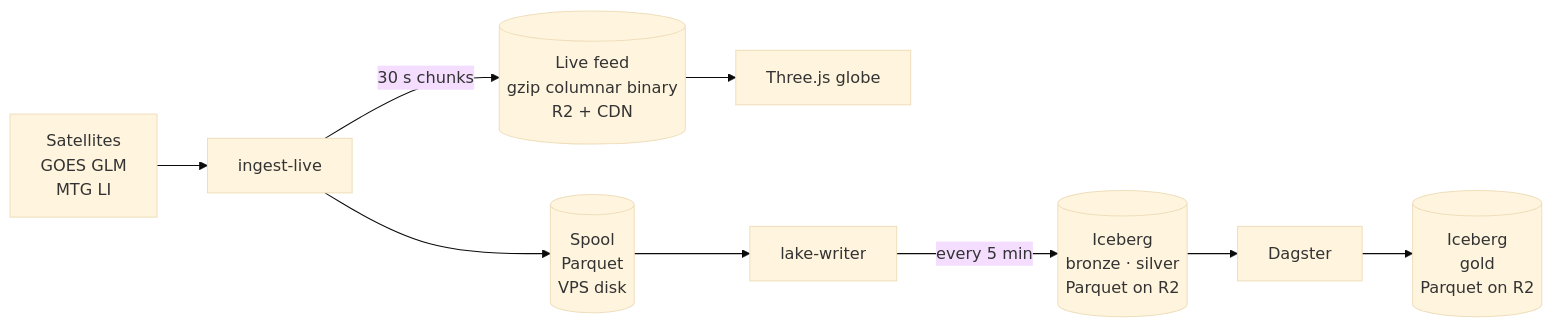
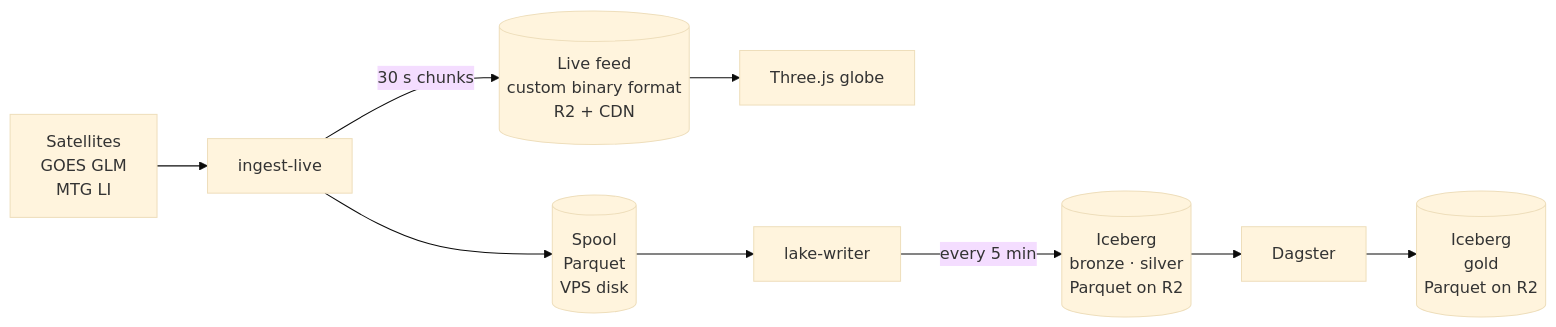
One commit to pierregc/scintille changed the diagram in README.md. Above: the diagram before and after it, drawn with Mermaid (base theme). The commit also changed other lines of this file, not shown here.

Commit message:
docs: link the live feed format to the data contract

````diff
--- a/README.md
+++ b/README.md
@@ -13,8 +13,8 @@
 ```mermaid
 flowchart LR
     sat["Satellites<br/>GOES GLM<br/>MTG LI"] --> ingest["ingest-live"]
-    ingest -->|30 s chunks| live[("Live feed<br/>gzip columnar binary<br/>R2 + CDN")] --> globe["Three.js globe"]
+    ingest -->|30 s chunks| live[("Live feed<br/>custom binary format<br/>R2 + CDN")] --> globe["Three.js globe"]
     ingest --> spool[("Spool<br/>Parquet<br/>VPS disk")] --> writer["lake-writer"]
     writer -->|every 5 min| lake[("Iceberg<br/>bronze · silver<br/>Parquet on R2")]
     lake --> dagster["Dagster"] --> gold[("Iceberg<br/>gold<br/>Parquet on R2")]
 ```
````
